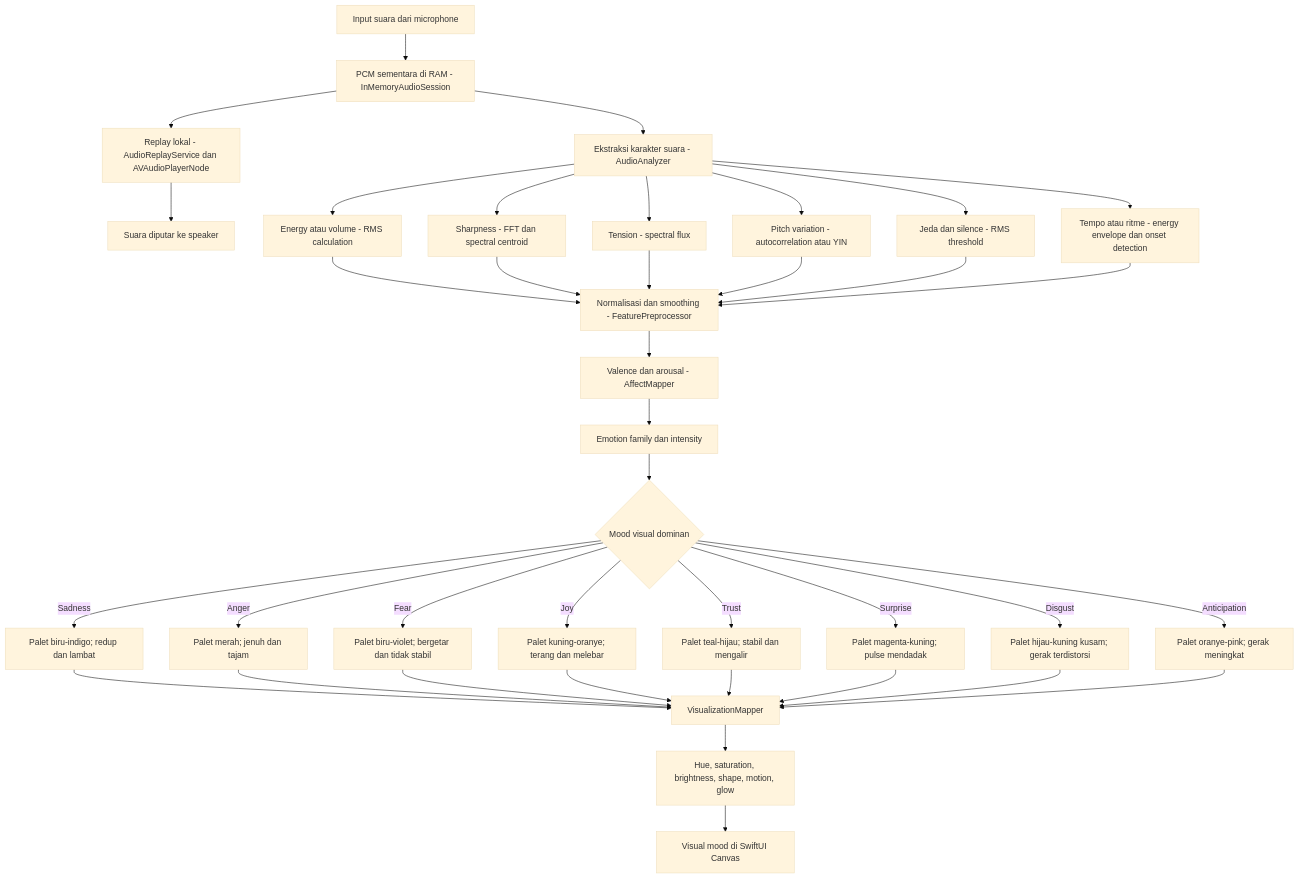
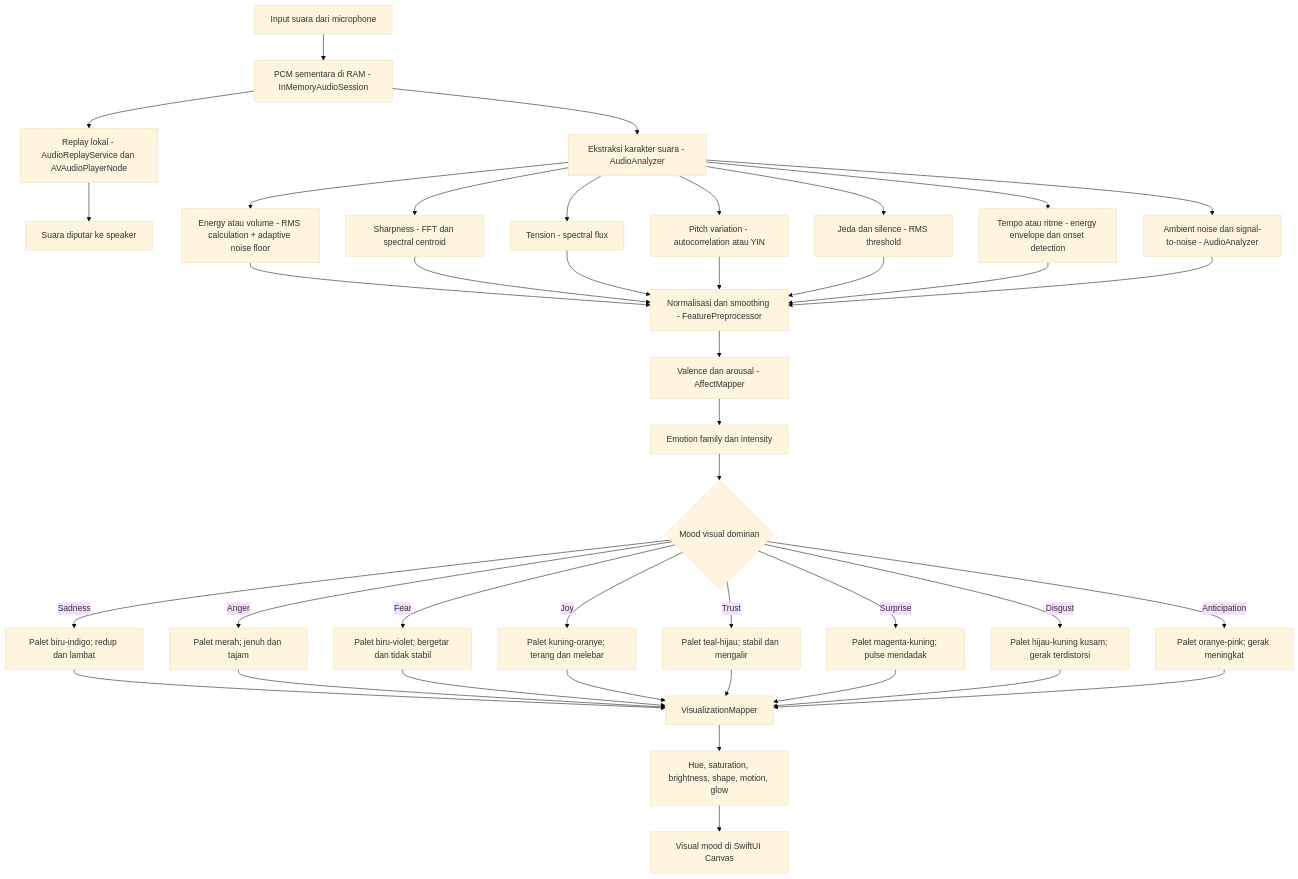
One commit to nunutech40/ConvertAudioToColor changed the first of 2 diagrams in audio-to-emotion-flowcharts.md. Above: the diagram before and after it, drawn with Mermaid (base theme). The commit also changed other lines of this file and 7 other files, not shown here.

Commit message:
improve weak audio and ambient noise detection

````diff
--- a/audio-to-emotion-flowcharts.md
+++ b/audio-to-emotion-flowcharts.md
@@ -7,46 +7,48 @@
 ```mermaid
 flowchart TD
     A[Input suara dari microphone] --> B[PCM sementara di RAM - InMemoryAudioSession]
     B --> C[Ekstraksi karakter suara - AudioAnalyzer]
     B --> Z[Replay lokal - AudioReplayService dan AVAudioPlayerNode]
     Z --> AA[Suara diputar ke speaker]
 
-    C --> D[Energy atau volume - RMS calculation]
+    C --> D[Energy atau volume - RMS calculation + adaptive noise floor]
     C --> E[Sharpness - FFT dan spectral centroid]
     C --> F[Tension - spectral flux]
     C --> G[Pitch variation - autocorrelation atau YIN]
     C --> H[Jeda dan silence - RMS threshold]
     C --> I[Tempo atau ritme - energy envelope dan onset detection]
+    C --> J[Ambient noise dan signal-to-noise - AudioAnalyzer]
 
-    D --> J[Normalisasi dan smoothing - FeaturePreprocessor]
-    E --> J
-    F --> J
-    G --> J
-    H --> J
-    I --> J
+    D --> K[Normalisasi dan smoothing - FeaturePreprocessor]
+    E --> K
+    F --> K
+    G --> K
+    H --> K
+    I --> K
+    J --> K
 
-    J --> K[Valence dan arousal - AffectMapper]
-    K --> L[Emotion family dan intensity]
+    K --> L[Valence dan arousal - AffectMapper]
+    L --> M[Emotion family dan intensity]
 
-    L --> M{Mood visual dominan}
-    M -- Sadness --> N[Palet biru-indigo; redup dan lambat]
-    M -- Anger --> O[Palet merah; jenuh dan tajam]
-    M -- Fear --> P[Palet biru-violet; bergetar dan tidak stabil]
-    M -- Joy --> Q[Palet kuning-oranye; terang dan melebar]
-    M -- Trust --> R[Palet teal-hijau; stabil dan mengalir]
-    M -- Surprise --> S[Palet magenta-kuning; pulse mendadak]
-    M -- Disgust --> T[Palet hijau-kuning kusam; gerak terdistorsi]
-    M -- Anticipation --> U[Palet oranye-pink; gerak meningkat]
+    M --> N{Mood visual dominan}
+    N -- Sadness --> O[Palet biru-indigo; redup dan lambat]
+    N -- Anger --> P[Palet merah; jenuh dan tajam]
+    N -- Fear --> Q[Palet biru-violet; bergetar dan tidak stabil]
+    N -- Joy --> R[Palet kuning-oranye; terang dan melebar]
+    N -- Trust --> S[Palet teal-hijau; stabil dan mengalir]
+    N -- Surprise --> T[Palet magenta-kuning; pulse mendadak]
+    N -- Disgust --> U[Palet hijau-kuning kusam; gerak terdistorsi]
+    N -- Anticipation --> V[Palet oranye-pink; gerak meningkat]
 
-    N --> V[VisualizationMapper]
-    O --> V
-    P --> V
-    Q --> V
-    R --> V
-    S --> V
-    T --> V
-    U --> V
+    O --> W[VisualizationMapper]
+    P --> W
+    Q --> W
+    R --> W
+    S --> W
+    T --> W
+    U --> W
+    V --> W
 
-    V --> W[Hue, saturation, brightness, shape, motion, glow]
-    W --> X[Visual mood di SwiftUI Canvas]
+    W --> X[Hue, saturation, brightness, shape, motion, glow]
+    X --> Y[Visual mood di SwiftUI Canvas]
 ```
````
